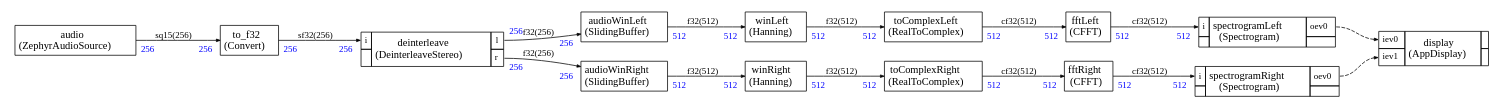
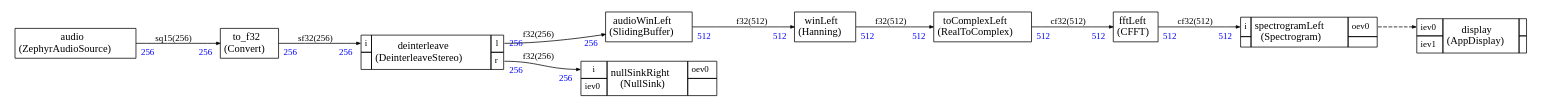
The diagram in src/stream/scheduler/graph.dot (christophe0606/ZephyrAI), drawn with Graphviz before and after one commit. The commit also changed 17 other files, not shown here.

```diff
--- a/src/stream/scheduler/graph.dot
+++ b/src/stream/scheduler/graph.dot
@@ -25,13 +25,6 @@
   </TR>
 </TABLE>>];
 
-audioWinRight [label=<
-<TABLE color="black" bgcolor="none" BORDER="0" CELLBORDER="1" CELLSPACING="0" CELLPADDING="4">
-  <TR>
-    <TD ALIGN="CENTER" PORT="i"><FONT COLOR="black" POINT-SIZE="14.0">audioWinRight<BR/>(SlidingBuffer)</FONT></TD>
-  </TR>
-</TABLE>>];
-
 
 deinterleave [label=<
 <TABLE color="black" bgcolor="none" BORDER="0" CELLBORDER="1" CELLSPACING="0" CELLPADDING="4">
@@ -55,11 +48,20 @@
   </TR>
 </TABLE>>];
 
-fftRight [label=<
+
+nullSinkRight [label=<
 <TABLE color="black" bgcolor="none" BORDER="0" CELLBORDER="1" CELLSPACING="0" CELLPADDING="4">
   <TR>
-    <TD ALIGN="CENTER" PORT="i"><FONT COLOR="black" POINT-SIZE="14.0">fftRight<BR/>(CFFT)</FONT></TD>
+    <TD PORT="i"><FONT POINT-SIZE="12.0" COLOR="black">i</FONT></TD>
+    <TD ALIGN="CENTER" ROWSPAN="2"><FONT COLOR="black" POINT-SIZE="14.0">nullSinkRight<BR/>(NullSink)</FONT></TD>
+    <TD PORT="oev0"><FONT POINT-SIZE="12.0" COLOR="black">oev0</FONT></TD>
   </TR>
+<TR>
+<TD PORT="iev0"><FONT POINT-SIZE="12.0" COLOR="black">iev0</FONT></TD>
+
+ 
+<TD></TD></TR>
+
 </TABLE>>];
 
 
@@ -78,33 +80,10 @@
 
 </TABLE>>];
 
-
-spectrogramRight [label=<
-<TABLE color="black" bgcolor="none" BORDER="0" CELLBORDER="1" CELLSPACING="0" CELLPADDING="4">
-  <TR>
-    <TD PORT="i"><FONT POINT-SIZE="12.0" COLOR="black">i</FONT></TD>
-    <TD ALIGN="CENTER" ROWSPAN="2"><FONT COLOR="black" POINT-SIZE="14.0">spectrogramRight<BR/>(Spectrogram)</FONT></TD>
-    <TD PORT="oev0"><FONT POINT-SIZE="12.0" COLOR="black">oev0</FONT></TD>
-  </TR>
-<TR>
- 
-<TD></TD>
- 
-<TD></TD></TR>
-
-</TABLE>>];
-
 toComplexLeft [label=<
 <TABLE color="black" bgcolor="none" BORDER="0" CELLBORDER="1" CELLSPACING="0" CELLPADDING="4">
   <TR>
     <TD ALIGN="CENTER" PORT="i"><FONT COLOR="black" POINT-SIZE="14.0">toComplexLeft<BR/>(RealToComplex)</FONT></TD>
-  </TR>
-</TABLE>>];
-
-toComplexRight [label=<
-<TABLE color="black" bgcolor="none" BORDER="0" CELLBORDER="1" CELLSPACING="0" CELLPADDING="4">
-  <TR>
-    <TD ALIGN="CENTER" PORT="i"><FONT COLOR="black" POINT-SIZE="14.0">toComplexRight<BR/>(RealToComplex)</FONT></TD>
   </TR>
 </TABLE>>];
 
@@ -119,13 +98,6 @@
 <TABLE color="black" bgcolor="none" BORDER="0" CELLBORDER="1" CELLSPACING="0" CELLPADDING="4">
   <TR>
     <TD ALIGN="CENTER" PORT="i"><FONT COLOR="black" POINT-SIZE="14.0">winLeft<BR/>(Hanning)</FONT></TD>
-  </TR>
-</TABLE>>];
-
-winRight [label=<
-<TABLE color="black" bgcolor="none" BORDER="0" CELLBORDER="1" CELLSPACING="0" CELLPADDING="4">
-  <TR>
-    <TD ALIGN="CENTER" PORT="i"><FONT COLOR="black" POINT-SIZE="14.0">winRight<BR/>(Hanning)</FONT></TD>
   </TR>
 </TABLE>>];
 
@@ -165,19 +137,7 @@
 ,taillabel=<<TABLE BORDER="0" CELLPADDING="4"><TR><TD><FONT COLOR="blue" POINT-SIZE="12.0" >256</FONT>
 </TD></TR></TABLE>>]
 
-deinterleave:r -> audioWinRight:i [style="solid",color="black",fontsize="12.0",fontcolor="black",label=<f32(256)>
-,headlabel=<<TABLE BORDER="0" CELLPADDING="4"><TR><TD><FONT COLOR="blue" POINT-SIZE="12.0" >256</FONT>
-</TD></TR></TABLE>>
-,taillabel=<<TABLE BORDER="0" CELLPADDING="4"><TR><TD><FONT COLOR="blue" POINT-SIZE="12.0" >256</FONT>
-</TD></TR></TABLE>>]
-
 audioWinLeft:i -> winLeft:i [style="solid",color="black",fontsize="12.0",fontcolor="black",label=<f32(512)>
-,headlabel=<<TABLE BORDER="0" CELLPADDING="4"><TR><TD><FONT COLOR="blue" POINT-SIZE="12.0" >512</FONT>
-</TD></TR></TABLE>>
-,taillabel=<<TABLE BORDER="0" CELLPADDING="4"><TR><TD><FONT COLOR="blue" POINT-SIZE="12.0" >512</FONT>
-</TD></TR></TABLE>>]
-
-audioWinRight:i -> winRight:i [style="solid",color="black",fontsize="12.0",fontcolor="black",label=<f32(512)>
 ,headlabel=<<TABLE BORDER="0" CELLPADDING="4"><TR><TD><FONT COLOR="blue" POINT-SIZE="12.0" >512</FONT>
 </TD></TR></TABLE>>
 ,taillabel=<<TABLE BORDER="0" CELLPADDING="4"><TR><TD><FONT COLOR="blue" POINT-SIZE="12.0" >512</FONT>
@@ -189,19 +149,7 @@
 ,taillabel=<<TABLE BORDER="0" CELLPADDING="4"><TR><TD><FONT COLOR="blue" POINT-SIZE="12.0" >512</FONT>
 </TD></TR></TABLE>>]
 
-winRight:i -> toComplexRight:i [style="solid",color="black",fontsize="12.0",fontcolor="black",label=<f32(512)>
-,headlabel=<<TABLE BORDER="0" CELLPADDING="4"><TR><TD><FONT COLOR="blue" POINT-SIZE="12.0" >512</FONT>
-</TD></TR></TABLE>>
-,taillabel=<<TABLE BORDER="0" CELLPADDING="4"><TR><TD><FONT COLOR="blue" POINT-SIZE="12.0" >512</FONT>
-</TD></TR></TABLE>>]
-
 toComplexLeft:i -> fftLeft:i [style="solid",color="black",fontsize="12.0",fontcolor="black",label=<cf32(512)>
-,headlabel=<<TABLE BORDER="0" CELLPADDING="4"><TR><TD><FONT COLOR="blue" POINT-SIZE="12.0" >512</FONT>
-</TD></TR></TABLE>>
-,taillabel=<<TABLE BORDER="0" CELLPADDING="4"><TR><TD><FONT COLOR="blue" POINT-SIZE="12.0" >512</FONT>
-</TD></TR></TABLE>>]
-
-toComplexRight:i -> fftRight:i [style="solid",color="black",fontsize="12.0",fontcolor="black",label=<cf32(512)>
 ,headlabel=<<TABLE BORDER="0" CELLPADDING="4"><TR><TD><FONT COLOR="blue" POINT-SIZE="12.0" >512</FONT>
 </TD></TR></TABLE>>
 ,taillabel=<<TABLE BORDER="0" CELLPADDING="4"><TR><TD><FONT COLOR="blue" POINT-SIZE="12.0" >512</FONT>
@@ -213,10 +161,10 @@
 ,taillabel=<<TABLE BORDER="0" CELLPADDING="4"><TR><TD><FONT COLOR="blue" POINT-SIZE="12.0" >512</FONT>
 </TD></TR></TABLE>>]
 
-fftRight:i -> spectrogramRight:i [style="solid",color="black",fontsize="12.0",fontcolor="black",label=<cf32(512)>
-,headlabel=<<TABLE BORDER="0" CELLPADDING="4"><TR><TD><FONT COLOR="blue" POINT-SIZE="12.0" >512</FONT>
+deinterleave:r -> nullSinkRight:i [style="solid",color="black",fontsize="12.0",fontcolor="black",label=<f32(256)>
+,headlabel=<<TABLE BORDER="0" CELLPADDING="4"><TR><TD><FONT COLOR="blue" POINT-SIZE="12.0" >256</FONT>
 </TD></TR></TABLE>>
-,taillabel=<<TABLE BORDER="0" CELLPADDING="4"><TR><TD><FONT COLOR="blue" POINT-SIZE="12.0" >512</FONT>
+,taillabel=<<TABLE BORDER="0" CELLPADDING="4"><TR><TD><FONT COLOR="blue" POINT-SIZE="12.0" >256</FONT>
 </TD></TR></TABLE>>]
 
 
@@ -224,8 +172,5 @@
 spectrogramLeft:oev0 -> display:iev0 [style="dashed",color="black",fontsize="12.0",fontcolor="black",label=<>
 
 ]
-spectrogramRight:oev0 -> display:iev1 [style="dashed",color="black",fontsize="12.0",fontcolor="black",label=<>
-
-]
 
 }
```
